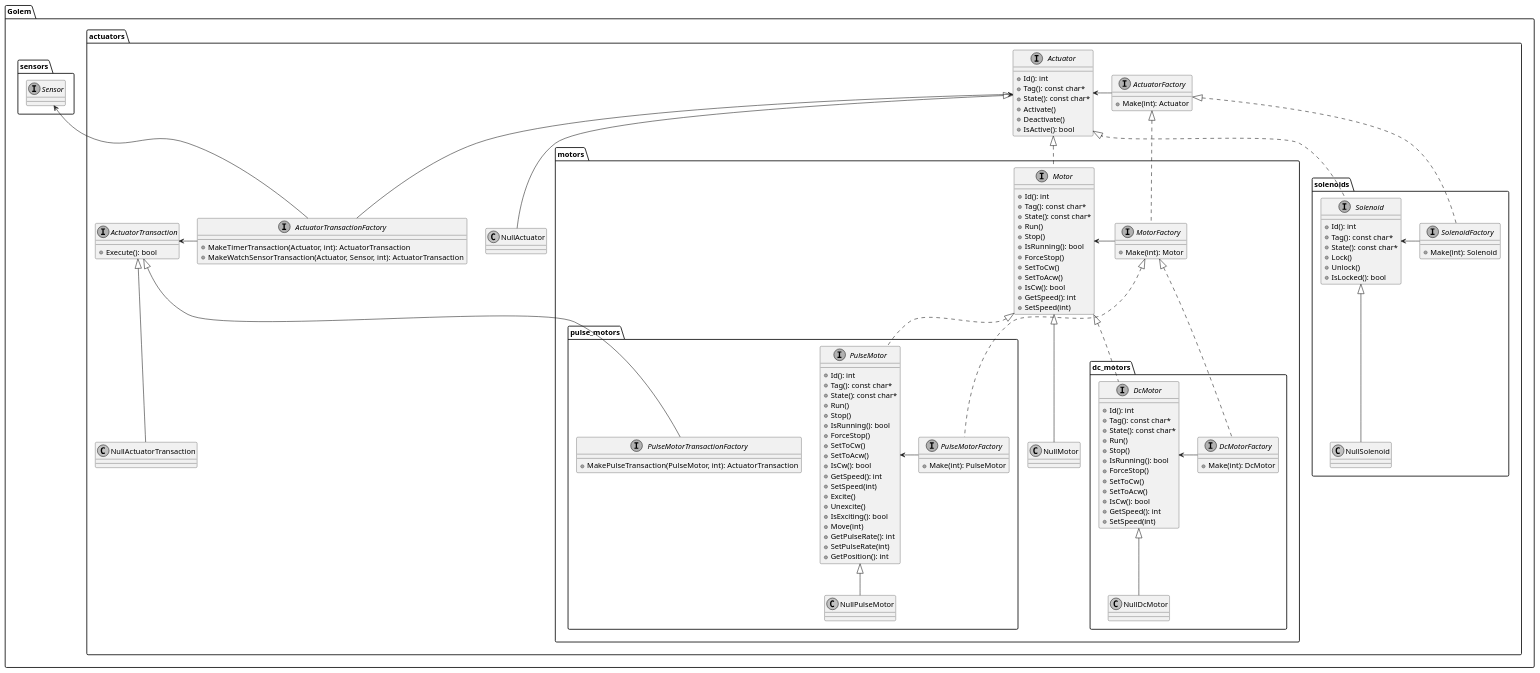
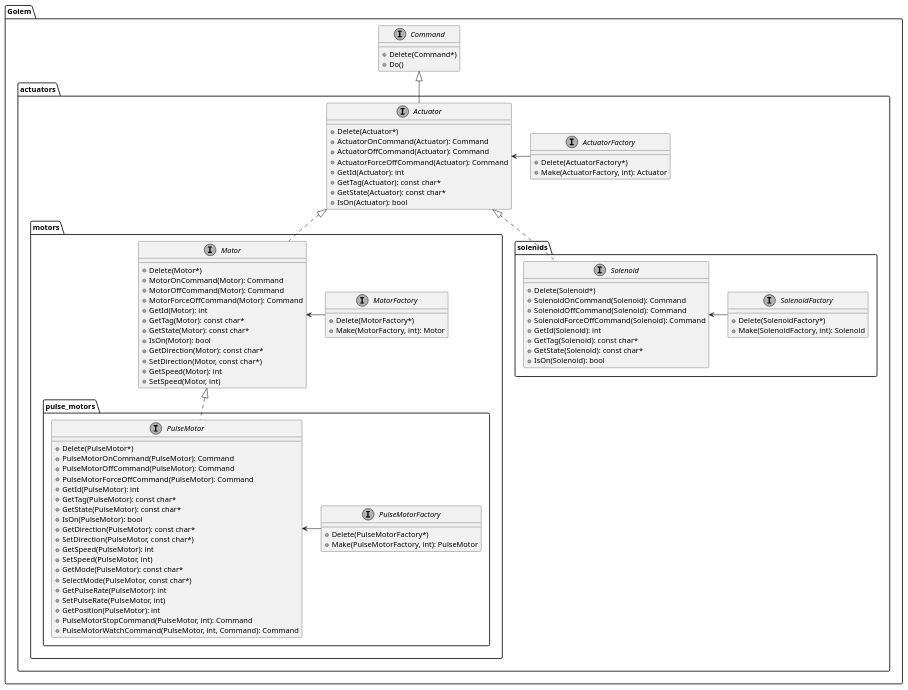
Before and after one commit to kokabe2/golem: the diagram in doc/actuator_class_diagram.pu, drawn with PlantUML. The commit also changed 7 other files, not shown here.

Commit message:
Update class diagram

```diff
--- a/doc/actuator_class_diagram.pu
+++ b/doc/actuator_class_diagram.pu
@@ -1,142 +1,113 @@
 @startuml actuator_class_diagram
 skinparam {
     defaultFontName Ricty Diminished
     monochrome true
 }
 
 package Golem {
+    interface Command {
+        + Delete(Command*)
+        + Do()
+    }
+
     folder actuators {
         interface Actuator {
-            + Id(): int
-            + Tag(): const char*
-            + State(): const char*
-            + Activate()
-            + Deactivate()
-            + IsActive(): bool
+            + Delete(Actuator*)
+            + ActuatorOnCommand(Actuator): Command
+            + ActuatorOffCommand(Actuator): Command
+            + ActuatorForceOffCommand(Actuator): Command
+            + GetId(Actuator): int
+            + GetTag(Actuator): const char*
+            + GetState(Actuator): const char*
+            + IsOn(Actuator): bool
         }
+
         interface ActuatorFactory {
-            + Make(int): Actuator
+            + Delete(ActuatorFactory*)
+            + Make(ActuatorFactory, int): Actuator
         }
-        interface ActuatorTransaction {
-            + Execute(): bool
-        }
-        interface ActuatorTransactionFactory {
-            + MakeTimerTransaction(Actuator, int): ActuatorTransaction
-            + MakeWatchSensorTransaction(Actuator, Sensor, int): ActuatorTransaction
-        }
-        class NullActuator
-        class NullActuatorTransaction
+
         folder motors {
             interface Motor {
-                + Id(): int
-                + Tag(): const char*
-                + State(): const char*
-                + Run()
-                + Stop()
-                + IsRunning(): bool
-                + ForceStop()
-                + SetToCw()
-                + SetToAcw()
-                + IsCw(): bool
-                + GetSpeed(): int
-                + SetSpeed(int)
+                + Delete(Motor*)
+                + MotorOnCommand(Motor): Command
+                + MotorOffCommand(Motor): Command
+                + MotorForceOffCommand(Motor): Command
+                + GetId(Motor): int
+                + GetTag(Motor): const char*
+                + GetState(Motor): const char*
+                + IsOn(Motor): bool
+                + GetDirection(Motor): const char*
+                + SetDirection(Motor, const char*)
+                + GetSpeed(Motor): int
+                + SetSpeed(Motor, int)
             }
+
             interface MotorFactory {
-                + Make(int): Motor
+                + Delete(MotorFactory*)
+                + Make(MotorFactory, int): Motor
             }
-            class NullMotor
-            folder dc_motors {
-                interface DcMotor {
-                    + Id(): int
-                    + Tag(): const char*
-                    + State(): const char*
-                    + Run()
-                    + Stop()
-                    + IsRunning(): bool
-                    + ForceStop()
-                    + SetToCw()
-                    + SetToAcw()
-                    + IsCw(): bool
-                    + GetSpeed(): int
-                    + SetSpeed(int)
-                }
-                interface DcMotorFactory {
-                    + Make(int): DcMotor
-                }
-                class NullDcMotor
-                DcMotor <|-- NullDcMotor
-                DcMotor <- DcMotorFactory
-            }
+
             folder pulse_motors {
                 interface PulseMotor {
-                    + Id(): int
-                    + Tag(): const char*
-                    + State(): const char*
-                    + Run()
-                    + Stop()
-                    + IsRunning(): bool
-                    + ForceStop()
-                    + SetToCw()
-                    + SetToAcw()
-                    + IsCw(): bool
-                    + GetSpeed(): int
-                    + SetSpeed(int)
-                    + Excite()
-                    + Unexcite()
-                    + IsExciting(): bool
-                    + Move(int)
-                    + GetPulseRate(): int
-                    + SetPulseRate(int)
-                    + GetPosition(): int
+                    + Delete(PulseMotor*)
+                    + PulseMotorOnCommand(PulseMotor): Command
+                    + PulseMotorOffCommand(PulseMotor): Command
+                    + PulseMotorForceOffCommand(PulseMotor): Command
+                    + GetId(PulseMotor): int
+                    + GetTag(PulseMotor): const char*
+                    + GetState(PulseMotor): const char*
+                    + IsOn(PulseMotor): bool
+                    + GetDirection(PulseMotor): const char*
+                    + SetDirection(PulseMotor, const char*)
+                    + GetSpeed(PulseMotor): int
+                    + SetSpeed(PulseMotor, int)
+                    + GetMode(PulseMotor): const char*
+                    + SelectMode(PulseMotor, const char*)
+                    + GetPulseRate(PulseMotor): int
+                    + SetPulseRate(PulseMotor, int)
+                    + GetPosition(PulseMotor): int
+                    + PulseMotorStopCommand(PulseMotor, int): Command
+                    + PulseMotorWatchCommand(PulseMotor, int, Command): Command
                 }
+
                 interface PulseMotorFactory {
-                    + Make(int): PulseMotor
+                    + Delete(PulseMotorFactory*)
+                    + Make(PulseMotorFactory, int): PulseMotor
                 }
-                interface PulseMotorTransactionFactory {
-                    + MakePulseTransaction(PulseMotor, int): ActuatorTransaction
-                }
-                class NullPulseMotor
-                PulseMotor <|-- NullPulseMotor
+
                 PulseMotor <- PulseMotorFactory
             }
-            Motor <|-- NullMotor
+
             Motor <- MotorFactory
-            Motor <|.. DcMotor
-            MotorFactory <|.. DcMotorFactory
             Motor <|.. PulseMotor
-            MotorFactory <|.. PulseMotorFactory
         }
-        folder solenoids {
+
+        folder solenids {
             interface Solenoid {
-                + Id(): int
-                + Tag(): const char*
-                + State(): const char*
-                + Lock()
-                + Unlock()
-                + IsLocked(): bool
+                + Delete(Solenoid*)
+                + SolenoidOnCommand(Solenoid): Command
+                + SolenoidOffCommand(Solenoid): Command
+                + SolenoidForceOffCommand(Solenoid): Command
+                + GetId(Solenoid): int
+                + GetTag(Solenoid): const char*
+                + GetState(Solenoid): const char*
+                + IsOn(Solenoid): bool
             }
+
             interface SolenoidFactory {
-                + Make(int): Solenoid
+                + Delete(SolenoidFactory*)
+                + Make(SolenoidFactory, int): Solenoid
             }
-            class NullSolenoid
-            Solenoid <|-- NullSolenoid
+
             Solenoid <- SolenoidFactory
         }
-        Actuator <|-- NullActuator
-        Actuator <- ActuatorFactory
-        ActuatorTransaction <|-- NullActuatorTransaction
-        ActuatorTransaction <- ActuatorTransactionFactory
-        Actuator <-- ActuatorTransactionFactory
-        ActuatorTransactionFactory -[hidden]r-> NullActuator
+
+        Actuator <|.. Motor
         Actuator <|.. Solenoid
-        ActuatorFactory <|.. SolenoidFactory
-        Actuator <|.. Motor
-        ActuatorFactory <|.. MotorFactory
-        ActuatorTransaction <|-- PulseMotorTransactionFactory
     }
-    folder sensors {
-        interface Sensor
-    }
-    Sensor <-- ActuatorTransactionFactory
+
+    Command <|-- Actuator
+    Actuator <- ActuatorFactory
 }
 @enduml
```
